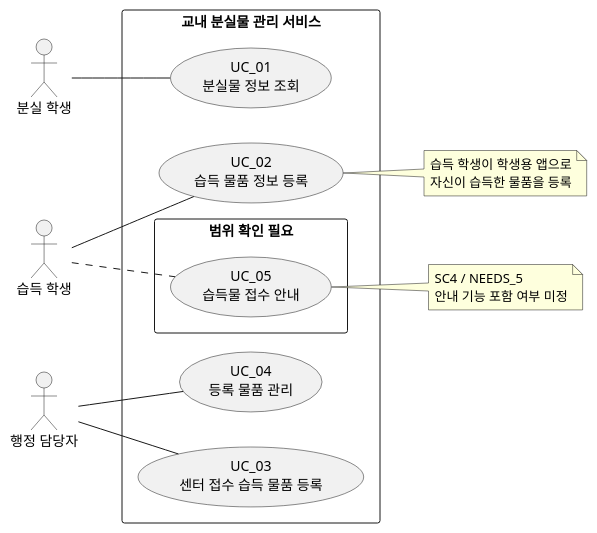
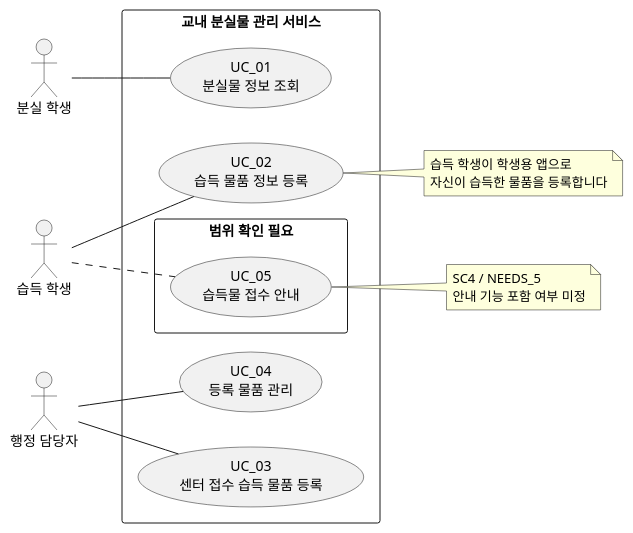
One commit to minukseven/lost-and-found-practice changed the diagram in docs/UC_v0.1.md. Above: the diagram before and after it, drawn with PlantUML.

Commit message:
테스트

````diff
--- a/docs/UC_v0.1.md
+++ b/docs/UC_v0.1.md
@@ -33,37 +33,37 @@
 ```plantuml
 @startuml
 left to right direction
 skinparam packageStyle rectangle
 
 actor "분실 학생" as LostStudent
 actor "습득 학생" as Finder
 actor "행정 담당자" as Staff
 
 rectangle "교내 분실물 관리 서비스" {
   usecase "UC_01\n분실물 정보 조회" as UC01
   usecase "UC_02\n습득 물품 정보 등록" as UC02
   usecase "UC_03\n센터 접수 습득 물품 등록" as UC03
   usecase "UC_04\n등록 물품 관리" as UC04
 
   package "범위 확인 필요" {
     usecase "UC_05\n습득물 접수 안내" as UC05
   }
 }
 
 LostStudent -- UC01
 Finder -- UC02
 Staff -- UC03
 Staff -- UC04
 Finder .. UC05
 
 note right of UC02
   습득 학생이 학생용 앱으로
-  자신이 습득한 물품을 등록
+  자신이 습득한 물품을 등록합니다
 end note
 
 note right of UC05
   SC4 / NEEDS_5
   안내 기능 포함 여부 미정
 end note
 @enduml
 ```
````
